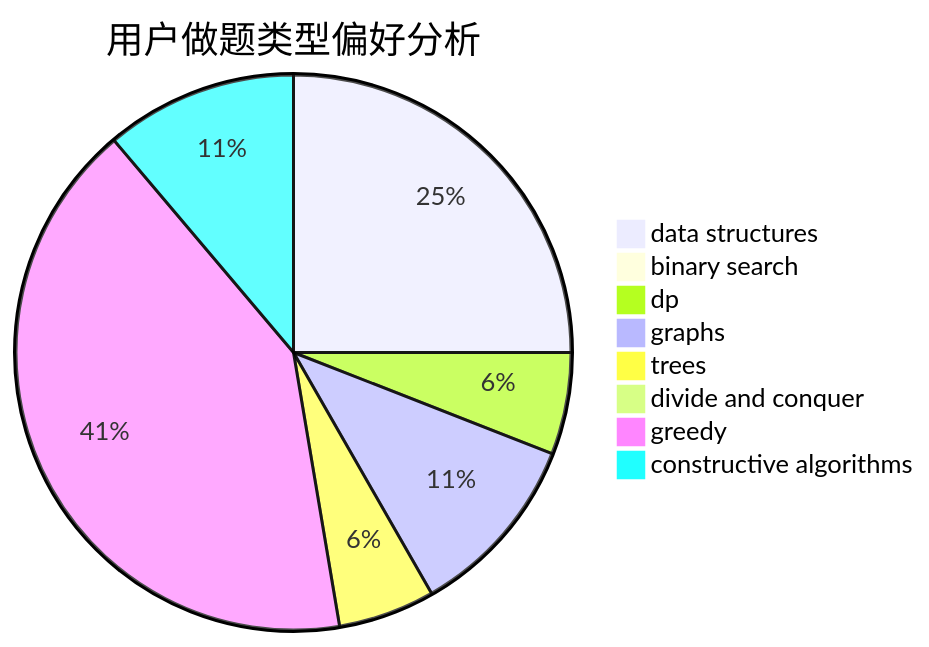
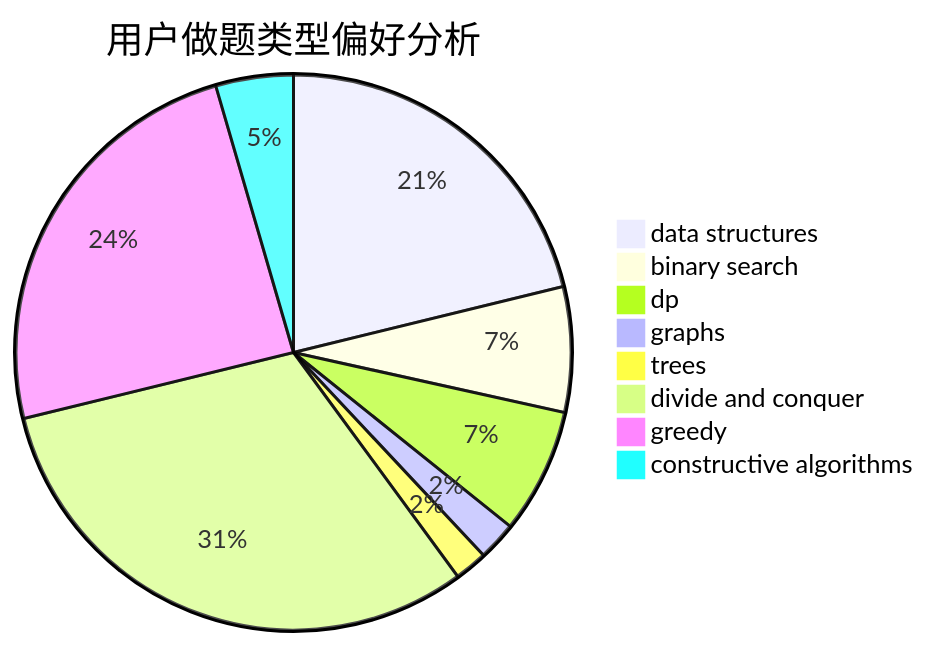
One commit to sherpahu/cfrs.github.io changed the second of 3 diagrams in docs/user/u699.md. Above: the diagram before and after it, drawn with Mermaid. The commit also changed other lines of this file and 2770 other files, not shown here.

````diff
--- a/docs/user/u699.md
+++ b/docs/user/u699.md
@@ -23,11 +23,11 @@
 ```mermaid
 pie title 用户做题类型偏好分析
-    "data structures" :  320
-    "binary search" :  6
-    "dp" :  76
-    "graphs" :  138
-    "trees" :  72
-    "divide and conquer" :  5
-    "greedy" :  531
-    "constructive algorithms" :  143
+    "data structures" :  122
+    "binary search" :  42
+    "dp" :  42
+    "graphs" :  13
+    "trees" :  11
+    "divide and conquer" :  180
+    "greedy" :  140
+    "constructive algorithms" :  26
 ```
````
